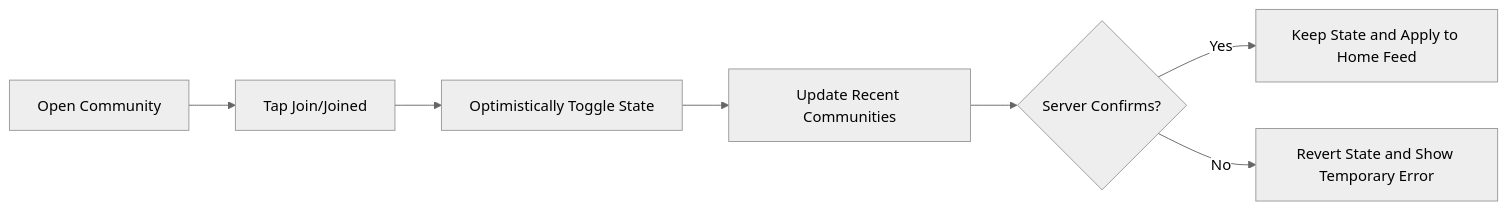
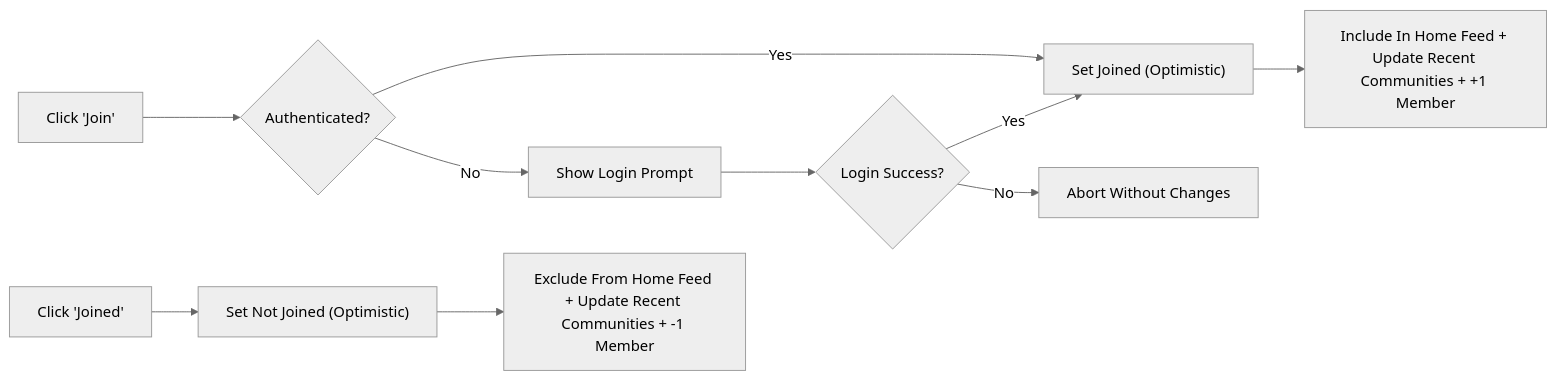
Before and after one commit to wrtnlabs/autobe-example-reddit-openai-gpt-5: the third of 9 diagrams in docs/analysis/01-service-overview.md, drawn with Mermaid (neutral theme). The commit also changed other lines of this file and 721 other files, not shown here.

````diff
--- a/docs/analysis/01-service-overview.md
+++ b/docs/analysis/01-service-overview.md
@@ -217,9 +116,12 @@
 ```mermaid
 graph LR
-  J0["Open Community"] --> J1["Tap Join/Joined"]
-  J1 --> J2["Optimistically Toggle State"]
-  J2 --> J3["Update Recent Communities"]
-  J3 --> J4{"Server Confirms?"}
-  J4 -->|"Yes"| J5["Keep State and Apply to Home Feed"]
-  J4 -->|"No"| J6["Revert State and Show Temporary Error"]
+  A["Click 'Join'"] --> B{"Authenticated?"}
+  B -->|"Yes"| C["Set Joined (Optimistic)"]
+  B -->|"No"| D["Show Login Prompt"]
+  D --> E{"Login Success?"}
+  E -->|"Yes"| C
+  E -->|"No"| F["Abort Without Changes"]
+  C --> G["Include In Home Feed + Update Recent Communities + +1 Member"]
+  H["Click 'Joined'"] --> I["Set Not Joined (Optimistic)"]
+  I --> J["Exclude From Home Feed + Update Recent Communities + -1 Member"]
 ```
````
